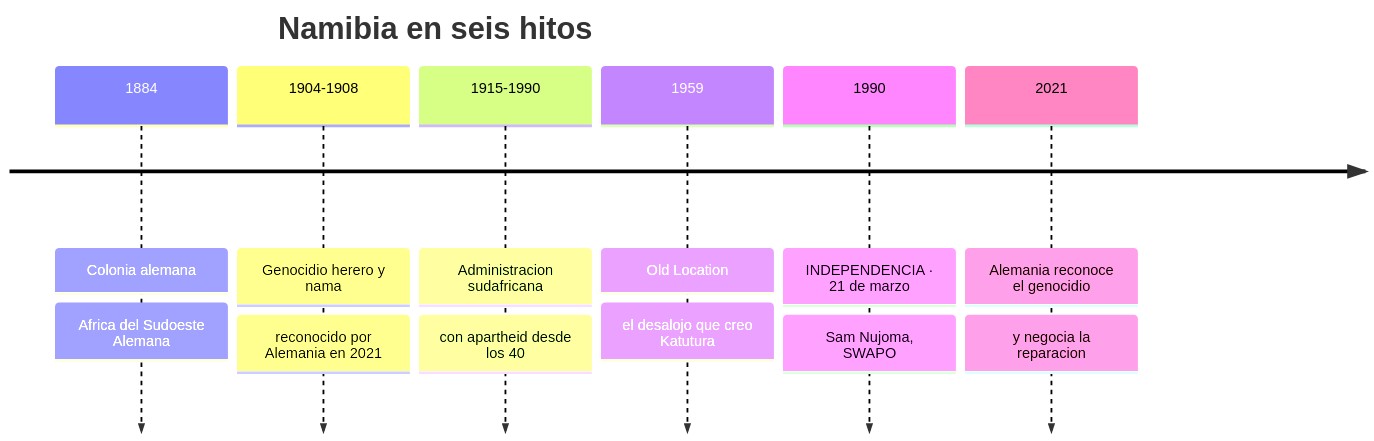
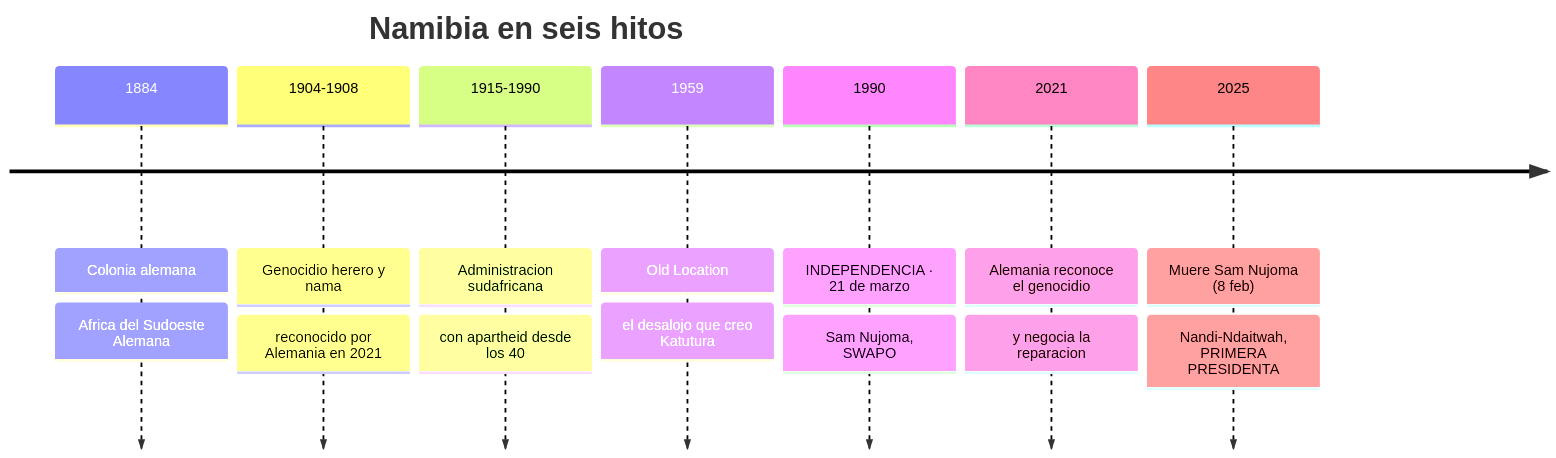
The first of 4 diagrams in 19-cultura-de-namibia.md (morandeirachema/namibia), drawn with Mermaid before and after one commit. The commit also changed other lines of this file and 5 other files, not shown here.

````diff
--- a/19-cultura-de-namibia.md
+++ b/19-cultura-de-namibia.md
@@ -24,16 +24,18 @@
 ```mermaid
 timeline
     title Namibia en seis hitos
     1884 : Colonia alemana
          : Africa del Sudoeste Alemana
     1904-1908 : Genocidio herero y nama
               : reconocido por Alemania en 2021
     1915-1990 : Administracion sudafricana
               : con apartheid desde los 40
     1959 : Old Location
          : el desalojo que creo Katutura
     1990 : INDEPENDENCIA · 21 de marzo
          : Sam Nujoma, SWAPO
     2021 : Alemania reconoce el genocidio
          : y negocia la reparacion
+    2025 : Muere Sam Nujoma (8 feb)
+         : Nandi-Ndaitwah, PRIMERA PRESIDENTA
 ```
````
